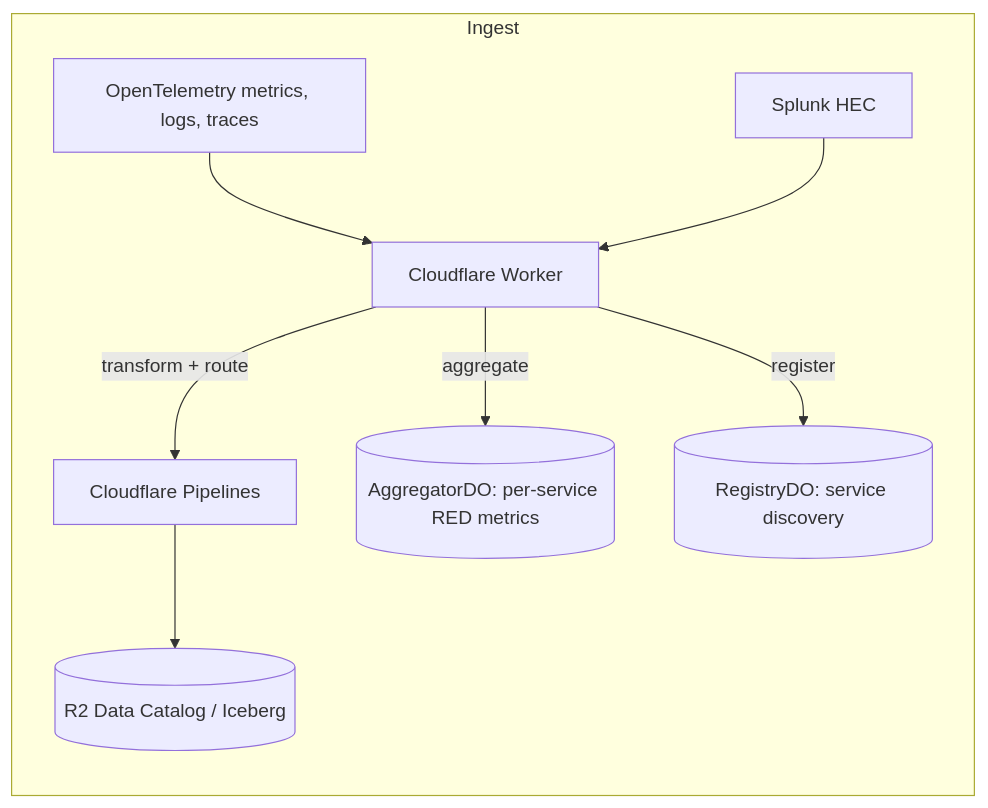
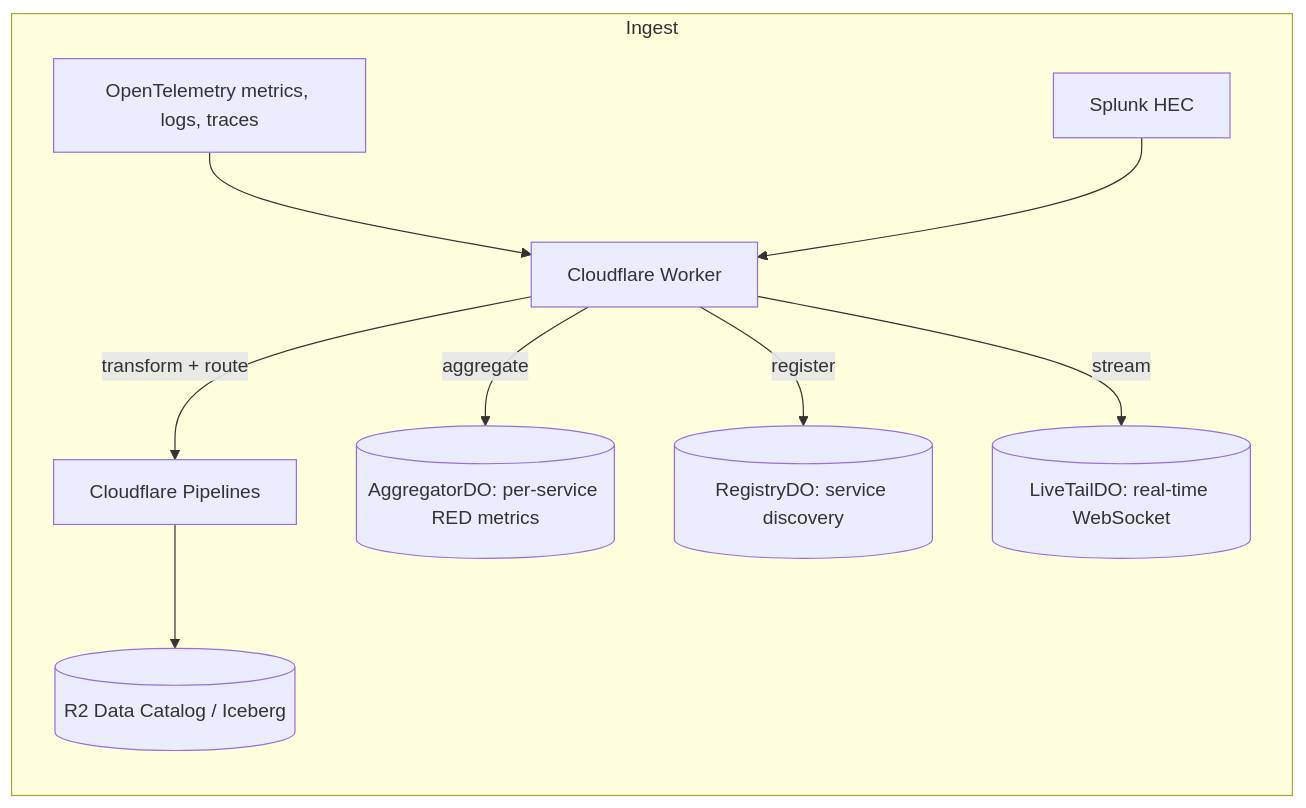
The diagram in README.md (smithclay/otlp2pipeline), drawn with Mermaid before and after one commit. The commit also changed other lines of this file, not shown here.

First line of the commit message:
docs: add LiveTailDO to architecture diagram and usage

````diff
--- a/README.md
+++ b/README.md
@@ -9,11 +9,12 @@
 ```mermaid
 flowchart LR
     subgraph Ingest["Ingest"]
         OTLP[OpenTelemetry metrics, logs, traces] --> W[Cloudflare Worker]
         HEC[Splunk HEC] --> W
         W -->|transform + route| P[Cloudflare Pipelines]
         P --> R2[(R2 Data Catalog / Iceberg)]
         W -->|aggregate| ADO[("AggregatorDO: per-service RED metrics")]
         W -->|register| RDO[("RegistryDO: service discovery")]
+        W -->|stream| LDO[("LiveTailDO: real-time WebSocket")]
     end
 ```
````
